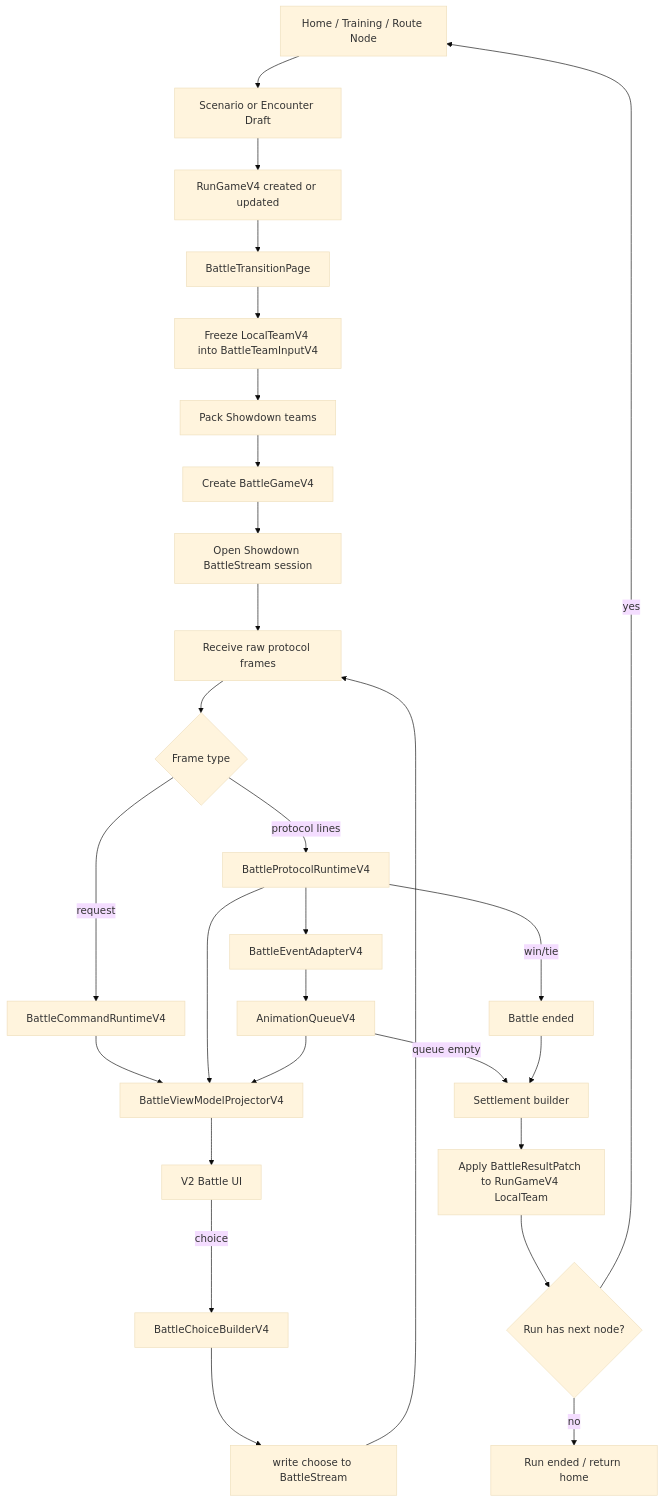
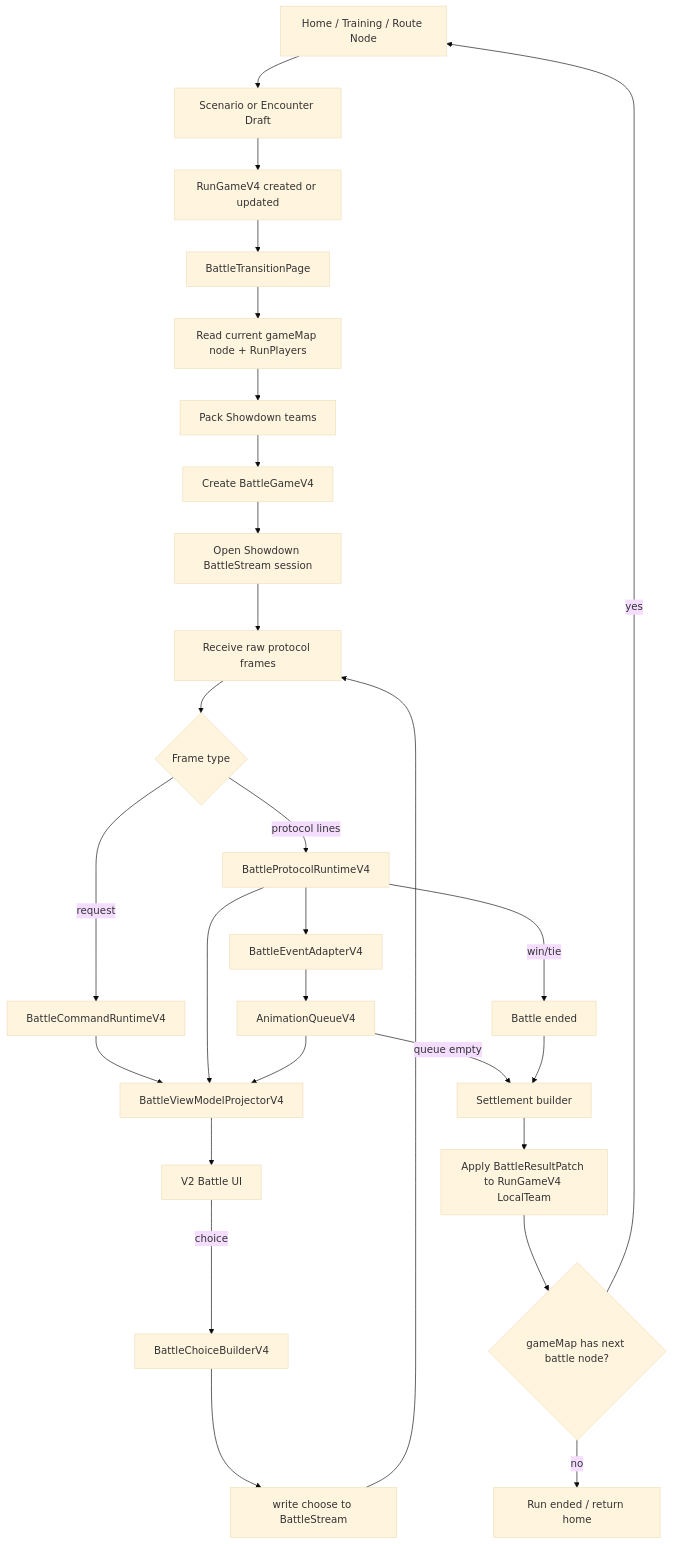
The third of 6 diagrams in plan/battle-v4-architecture-plan.md (AlexQFMM2/changeBattle), drawn with Mermaid (base theme) before and after one commit. The commit also changed other lines of this file and 759 other files, not shown here.

Commit message:
feat(battle): add training battle service flow

````diff
--- a/plan/battle-v4-architecture-plan.md
+++ b/plan/battle-v4-architecture-plan.md
@@ -752,30 +948,30 @@
 ```mermaid
 flowchart TD
   A[Home / Training / Route Node] --> B[Scenario or Encounter Draft]
   B --> C[RunGameV4 created or updated]
   C --> C2[BattleTransitionPage]
-  C2 --> D[Freeze LocalTeamV4 into BattleTeamInputV4]
+  C2 --> D[Read current gameMap node + RunPlayers]
   D --> E[Pack Showdown teams]
   E --> F[Create BattleGameV4]
   F --> G[Open Showdown BattleStream session]
   G --> H[Receive raw protocol frames]
   H --> I{Frame type}
   I -->|request| J[BattleCommandRuntimeV4]
   I -->|protocol lines| K[BattleProtocolRuntimeV4]
   K --> L[BattleEventAdapterV4]
   L --> M[AnimationQueueV4]
   J --> N[BattleViewModelProjectorV4]
   K --> N
   M --> N
   N --> O[V2 Battle UI]
   O -->|choice| P[BattleChoiceBuilderV4]
   P --> Q[write choose to BattleStream]
   Q --> H
   K -->|win/tie| R[Battle ended]
   M -->|queue empty| S[Settlement builder]
   R --> S
   S --> T[Apply BattleResultPatch to RunGameV4 LocalTeam]
-  T --> U{Run has next node?}
+  T --> U{gameMap has next battle node?}
   U -->|yes| A
   U -->|no| V[Run ended / return home]
 ```
````
